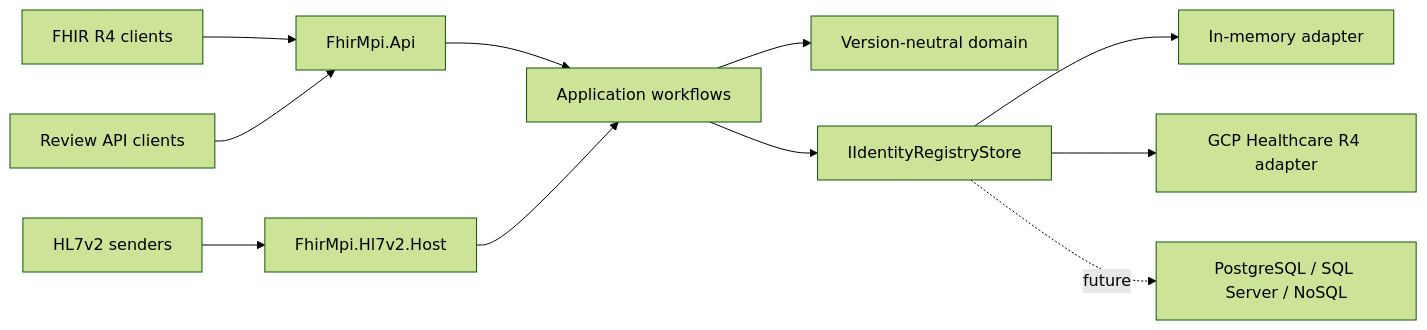
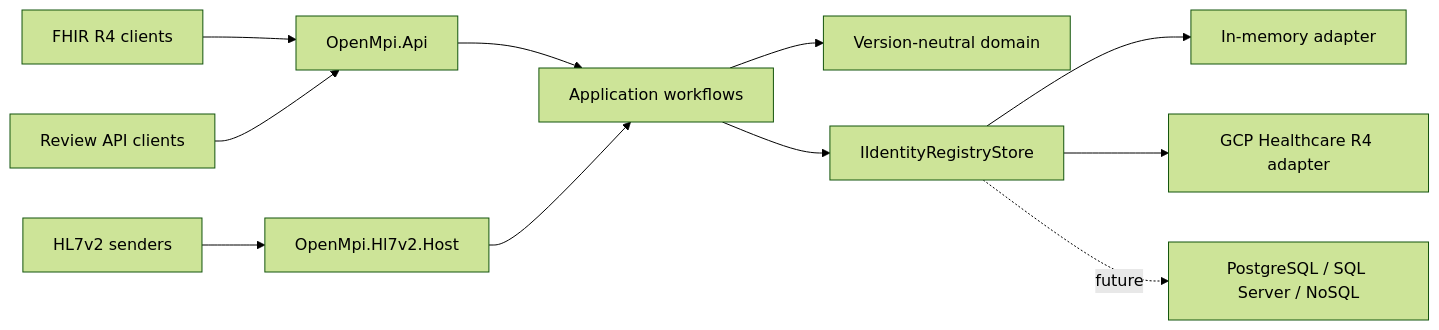
The diagram in docs/architecture.md (Lumbridge/FhirMpi), drawn with Mermaid (forest theme) before and after one commit. The commit also changed other lines of this file and 308 other files, not shown here.

Commit message:
Rebrand FhirMpi as OpenMPI

````diff
--- a/docs/architecture.md
+++ b/docs/architecture.md
@@ -8,13 +8,13 @@
 ```mermaid
 flowchart LR
-    FHIR["FHIR R4 clients"] --> API["FhirMpi.Api"]
+    FHIR["FHIR R4 clients"] --> API["OpenMpi.Api"]
     REVIEW["Review API clients"] --> API
-    HL7["HL7v2 senders"] --> MLLP["FhirMpi.Hl7v2.Host"]
+    HL7["HL7v2 senders"] --> MLLP["OpenMpi.Hl7v2.Host"]
     API --> APP["Application workflows"]
     MLLP --> APP
     APP --> DOMAIN["Version-neutral domain"]
     APP --> STORE["IIdentityRegistryStore"]
     STORE --> MEMORY["In-memory adapter"]
     STORE --> GCP["GCP Healthcare R4 adapter"]
     STORE -. future .-> SQL["PostgreSQL / SQL Server / NoSQL"]
 ```
````
